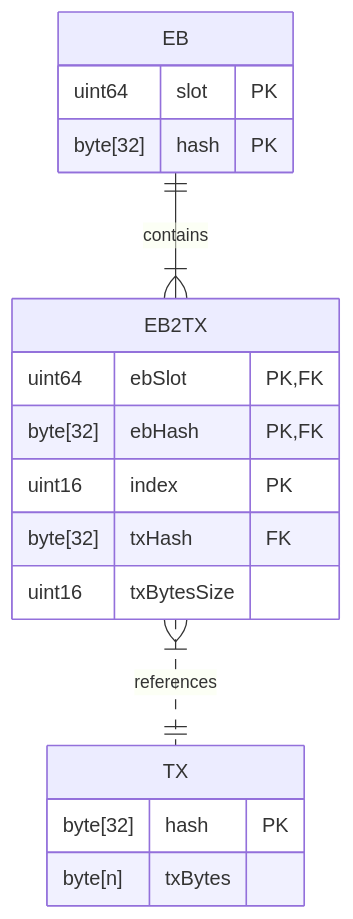
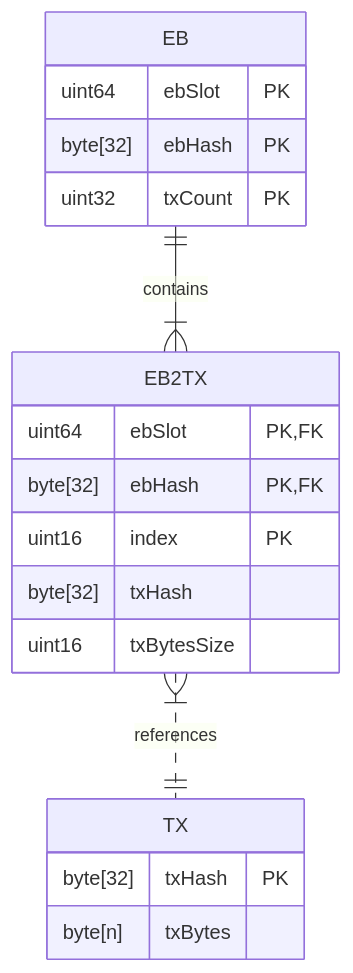
Before and after one commit to input-output-hk/ouroboros-leios: the second of 4 diagrams in docs/leios-design/RelationalStorage.md, drawn with Mermaid. The commit also changed other lines of this file, not shown here.

````diff
--- a/docs/leios-design/RelationalStorage.md
+++ b/docs/leios-design/RelationalStorage.md
@@ -26,29 +29,34 @@
 ```mermaid
 erDiagram
-    %% Just a slot-hash pair, aka point.
-    %% TODO length field too, since EbAnnouncement could have that?
+    %% Just a slot-hash pair, aka point, and the number of transactions.
     EB {
-        uint64 slot PK
-        byte[32] hash PK
+        uint64 ebSlot PK
+        byte[32] ebHash PK
+        uint32 txCount PK
     }
 
     %% An EbBody contains exactly all of the EB2TXs for that EB.
     EB2TX["EB2TX"] {
         uint64 ebSlot PK, FK
         byte[32] ebHash PK, FK
         uint16 index PK
-        byte[32] txHash FK
+
+        %% txHash is not technically an FK because it might not be in
+        %% the TX yet, and "dangling foreign keys" are considered
+        %% errors.
+
+        byte[32] txHash
         uint16 txBytesSize
     }
 
     TX {
-        byte[32] hash PK
+        byte[32] txHash PK
         byte[n] txBytes
     }
 
     EB   1   to   one or more   EB2TX : contains
 
     %% Not an identifying relationship, because the EB2TX can exist before the TX does.
     %% For example, before the TX has been fetched.
     EB2TX   one or more   optionally to   1   TX : references
 ```
````
